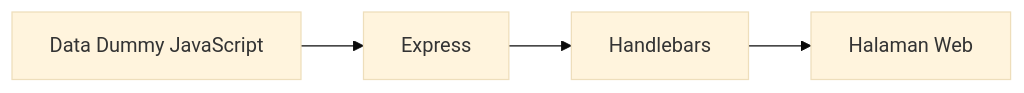
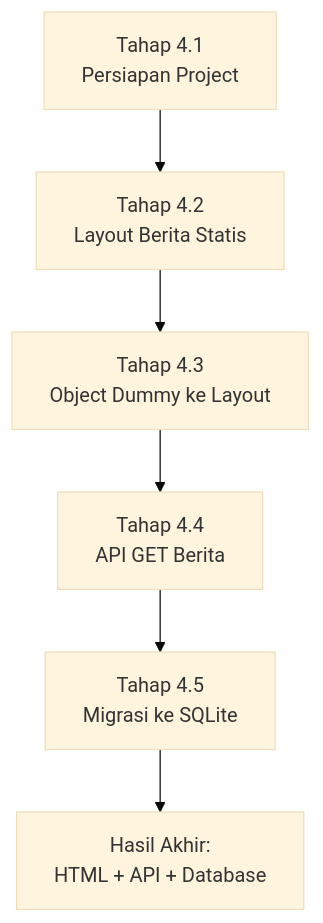
The diagram in 04-dinamis.md (edycoleee/node-berita), drawn with Mermaid (base theme) before and after one commit. The commit also changed other lines of this file and 30 other files, not shown here.

````diff
--- a/04-dinamis.md
+++ b/04-dinamis.md
@@ -54,6 +165,15 @@
 ```mermaid
-flowchart LR
-		A[Data Dummy JavaScript] --> B[Express]
-		B --> C[Handlebars]
-		C --> D[Halaman Web]
+flowchart TD
+	A[Tahap 4.1
+	Persiapan Project] --> B[Tahap 4.2
+	Layout Berita Statis]
+	B --> C[Tahap 4.3
+	Object Dummy ke Layout]
+	C --> D[Tahap 4.4
+	API GET Berita]
+	D --> E[Tahap 4.5
+	Migrasi ke SQLite]
+
+	E --> F[Hasil Akhir:
+	HTML + API + Database]
 ```
````
